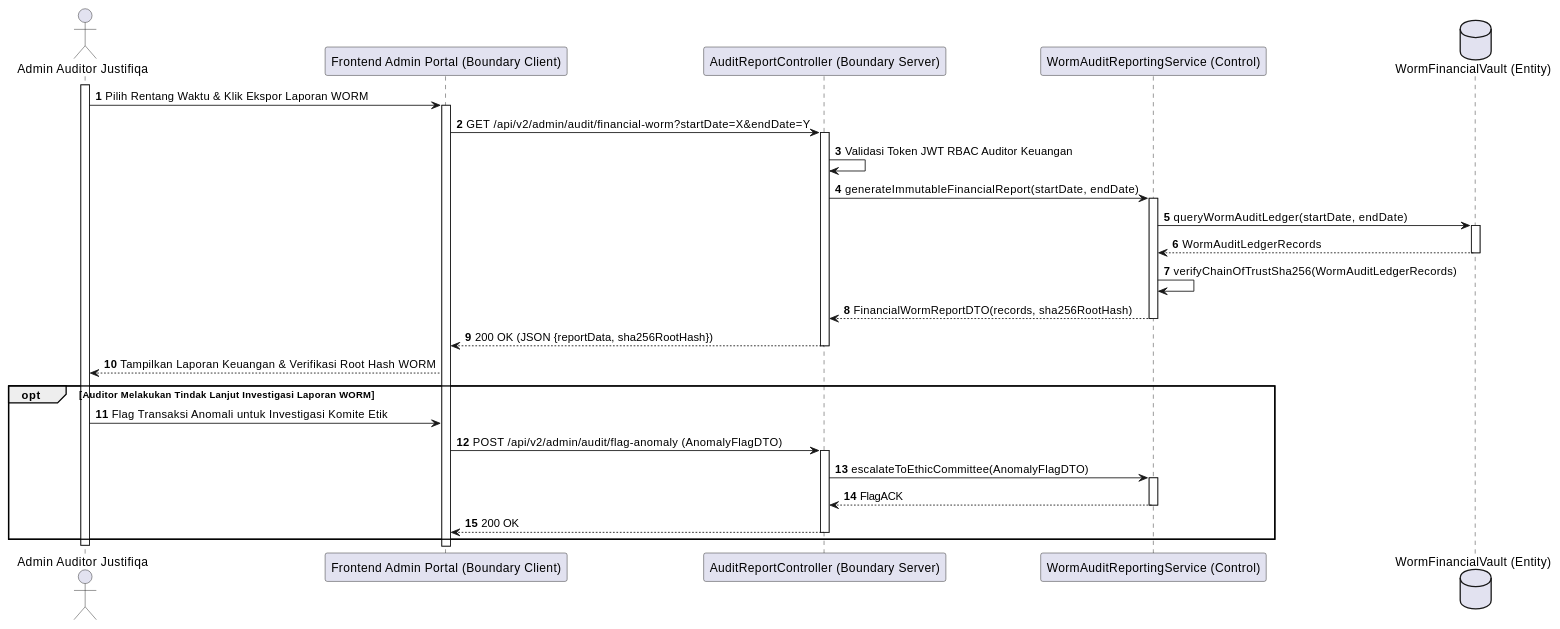
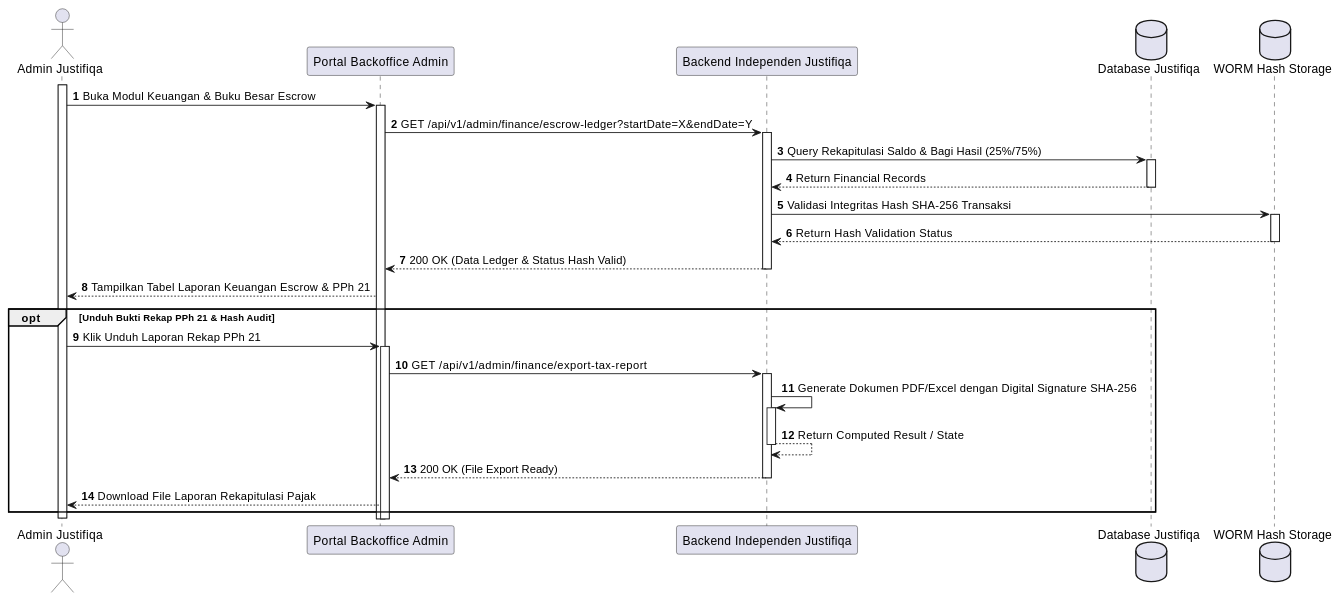
Before and after one commit to tupperwureism/SuperApp-Gagal: diagram 12 of 28 in MarkDown/plantuml_sequence_diagrams.md, drawn with PlantUML. The commit also changed other lines of this file and 3 other files, not shown here.

````diff
--- a/MarkDown/plantuml_sequence_diagrams.md
+++ b/MarkDown/plantuml_sequence_diagrams.md
@@ -756,31 +1018,30 @@
 ```plantuml
 @startuml
 autonumber
-actor "Admin Auditor Justifiqa" as User
-participant "Frontend Admin Portal (Boundary Client)" as B_FE
-participant "AuditReportController (Boundary Server)" as B_BE
-participant "WormAuditReportingService (Control)" as C_Svc
-database "WormFinancialVault (Entity)" as E_DB
+actor "Admin Justifiqa" as Admin
+participant "Portal Backoffice Admin" as FE
+participant "Backend Independen Justifiqa" as BE
+database "Database Justifiqa" as DB
+database "WORM Hash Storage" as WORM
 
-activate User
-User -> B_FE ++ : Pilih Rentang Waktu & Klik Ekspor Laporan WORM
-B_FE -> B_BE ++ : GET /api/v2/admin/audit/financial-worm?startDate=X&endDate=Y
-B_BE -> B_BE : Validasi Token JWT RBAC Auditor Keuangan
-B_BE -> C_Svc ++ : generateImmutableFinancialReport(startDate, endDate)
-C_Svc -> E_DB ++ : queryWormAuditLedger(startDate, endDate)
-E_DB --> C_Svc -- : WormAuditLedgerRecords
-C_Svc -> C_Svc : verifyChainOfTrustSha256(WormAuditLedgerRecords)
-C_Svc --> B_BE -- : FinancialWormReportDTO(records, sha256RootHash)
-B_BE --> B_FE -- : 200 OK (JSON {reportData, sha256RootHash})
-B_FE --> User : Tampilkan Laporan Keuangan & Verifikasi Root Hash WORM
+activate Admin
+Admin -> FE ++ : Buka Modul Keuangan & Buku Besar Escrow
+FE -> BE ++ : GET /api/v1/admin/finance/escrow-ledger?startDate=X&endDate=Y
+BE -> DB ++ : Query Rekapitulasi Saldo & Bagi Hasil (25%/75%)
+DB --> BE -- : Return Financial Records
+BE -> WORM ++ : Validasi Integritas Hash SHA-256 Transaksi
+WORM --> BE -- : Return Hash Validation Status
+BE --> FE -- : 200 OK (Data Ledger & Status Hash Valid)
+FE --> Admin : Tampilkan Tabel Laporan Keuangan Escrow & PPh 21
 
-opt Auditor Melakukan Tindak Lanjut Investigasi Laporan WORM
-    User -> B_FE : Flag Transaksi Anomali untuk Investigasi Komite Etik
-    B_FE -> B_BE ++ : POST /api/v2/admin/audit/flag-anomaly (AnomalyFlagDTO)
-    B_BE -> C_Svc ++ : escalateToEthicCommittee(AnomalyFlagDTO)
-    C_Svc --> B_BE -- : FlagACK
-    B_BE --> B_FE -- : 200 OK
+opt Unduh Bukti Rekap PPh 21 & Hash Audit
+    Admin -> FE ++ : Klik Unduh Laporan Rekap PPh 21
+    FE -> BE ++ : GET /api/v1/admin/finance/export-tax-report
+    BE -> BE ++ : Generate Dokumen PDF/Excel dengan Digital Signature SHA-256
+    BE --> BE -- : Return Computed Result / State
+    BE --> FE -- : 200 OK (File Export Ready)
+    FE --> Admin : Download File Laporan Rekapitulasi Pajak
 end
-deactivate User
+deactivate Admin
 @enduml
 ```
````
